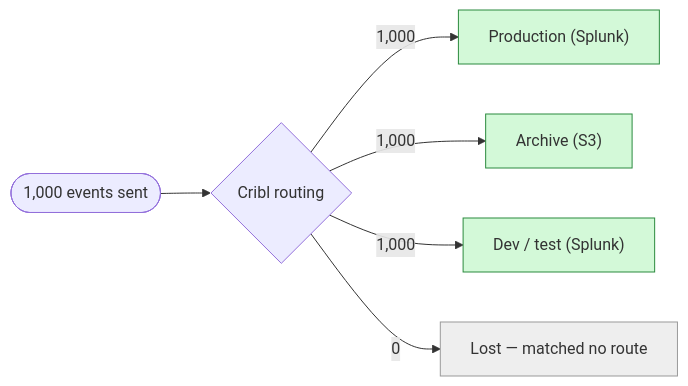
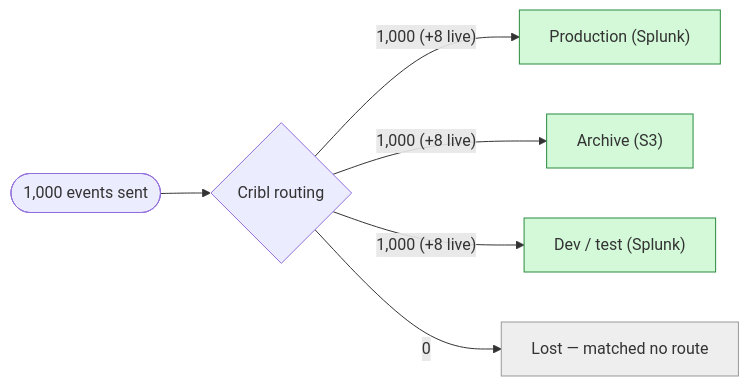
Before and after one commit to JacobPEvans-personal/cc-stream-zscaler-incident-test: the sixth of 9 diagrams in REPORT.md, drawn with Mermaid. The commit also changed other lines of this file and 11 other files, not shown here.

````diff
--- a/REPORT.md
+++ b/REPORT.md
@@ -268,12 +272,12 @@
 ```mermaid
 flowchart LR
   IN(["1,000 events sent"]) --> C{"Cribl routing"}
-  C -->|"1,000"| prod["Production (Splunk)"]
+  C -->|"1,000 (+8 live)"| prod["Production (Splunk)"]
   style prod fill:#d3f9d8,stroke:#2b8a3e
-  C -->|"1,000"| s3["Archive (S3)"]
+  C -->|"1,000 (+8 live)"| s3["Archive (S3)"]
   style s3 fill:#d3f9d8,stroke:#2b8a3e
-  C -->|"1,000"| dev["Dev / test (Splunk)"]
+  C -->|"1,000 (+8 live)"| dev["Dev / test (Splunk)"]
   style dev fill:#d3f9d8,stroke:#2b8a3e
   C -->|"0"| default["Lost — matched no route"]
   style default fill:#eee,stroke:#999
 ```
````
